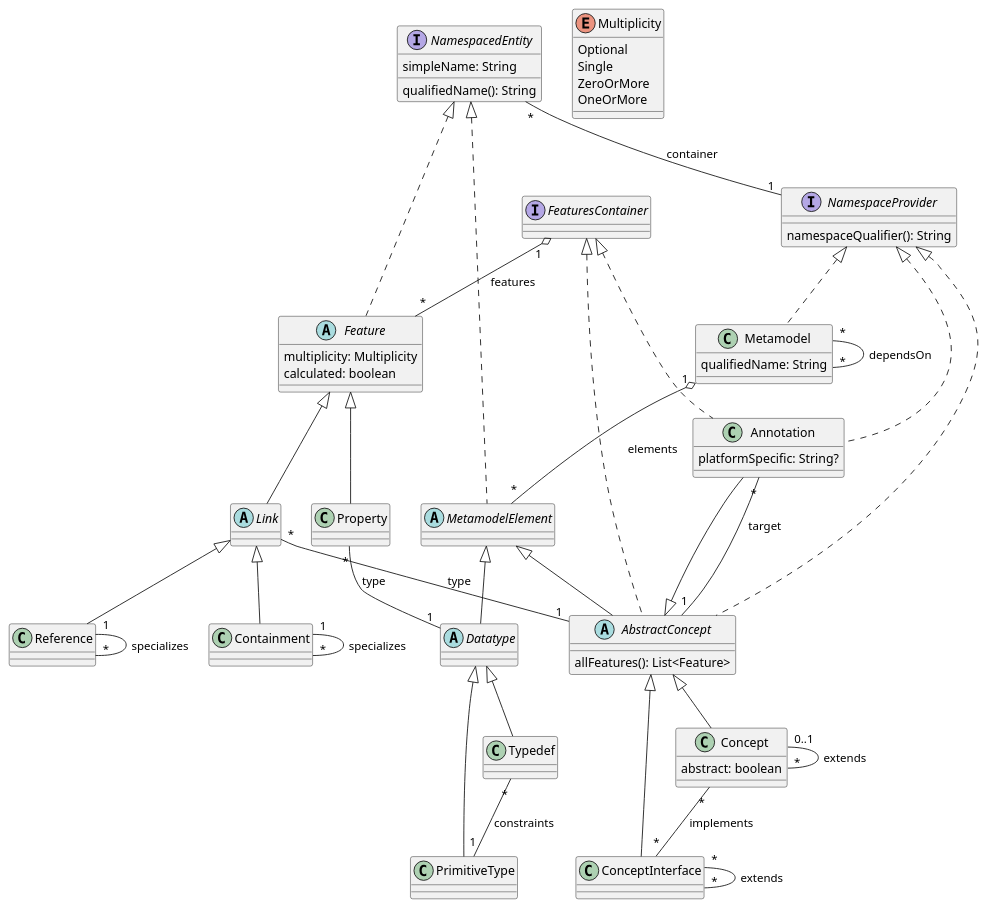
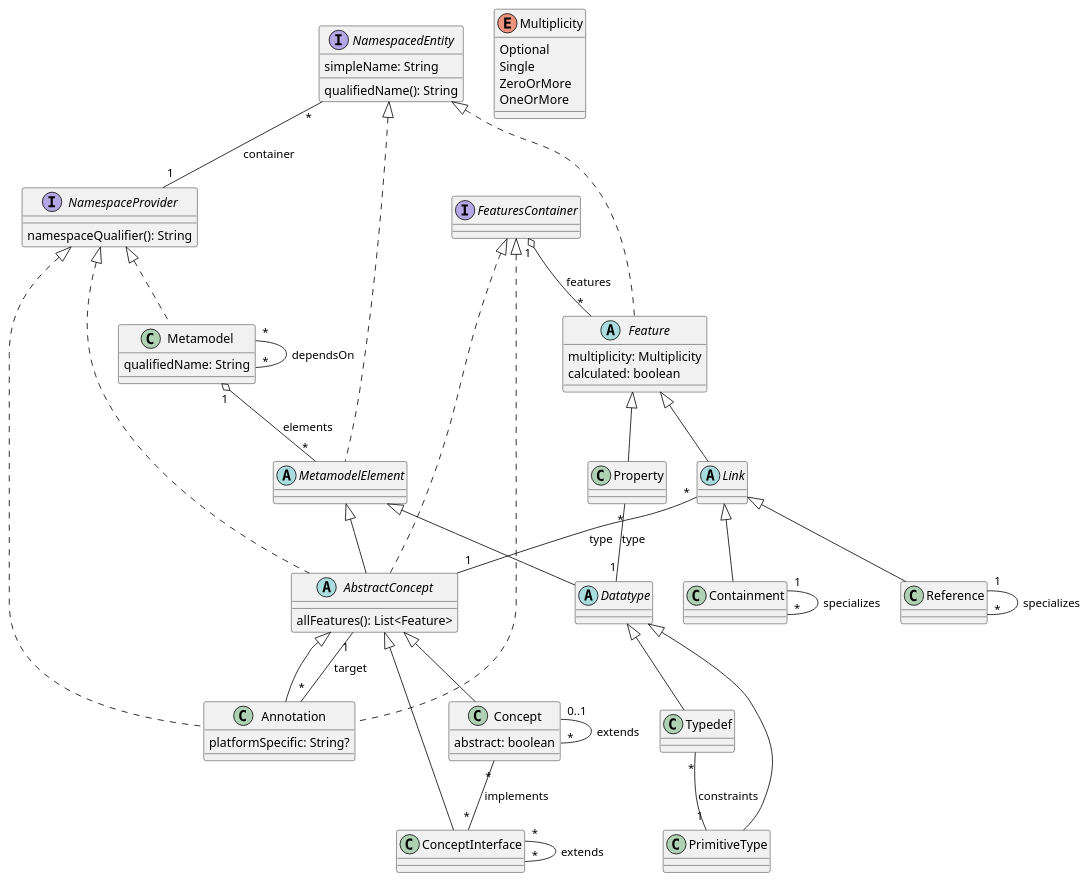
Before and after one commit to LionWeb-io/specification: the diagram in lioncore/metametamodel.puml, drawn with PlantUML.

Commit message:
merge categories ([abstract] classes, interfaces, enums)

```diff
--- a/lioncore/metametamodel.puml
+++ b/lioncore/metametamodel.puml
@@ -1,100 +1,89 @@
 @startuml
 
 
-' (concrete) classes
+abstract class AbstractConcept extends MetamodelElement implements FeaturesContainer, NamespaceProvider {
+  allFeatures(): List<Feature>
+}
 
 class Annotation extends AbstractConcept implements NamespaceProvider, FeaturesContainer {
   platformSpecific: String?
 }
 
 class Concept extends AbstractConcept {
   abstract: boolean
 }
 
 class ConceptInterface extends AbstractConcept
 
 class Containment extends Link
 
-class Metamodel implements NamespaceProvider {
-  qualifiedName: String
-}
-
-class PrimitiveType extends Datatype
-
-class Property extends Feature
-
-class Reference extends Link
-
-class Typedef extends Datatype
-
-
-' abstract classes
-
-abstract class AbstractConcept extends MetamodelElement implements FeaturesContainer, NamespaceProvider {
-  allFeatures(): List<Feature>
-}
-
 abstract class Datatype extends MetamodelElement
 
 abstract class Feature implements NamespacedEntity {
   multiplicity: Multiplicity
   calculated: boolean
 }
 
+interface FeaturesContainer
+
 abstract class Link extends Feature
+
+class Metamodel implements NamespaceProvider {
+  qualifiedName: String
+}
 
 abstract class MetamodelElement implements NamespacedEntity
 
-
-' interfaces
-
-interface FeaturesContainer
+enum Multiplicity {
+  Optional
+  Single
+  ZeroOrMore
+  OneOrMore
+}
 
 interface NamespaceProvider {
    namespaceQualifier(): String
 }
 
 interface NamespacedEntity {
   simpleName: String
   qualifiedName(): String
 }
 
+class PrimitiveType extends Datatype
 
-' enums
+class Property extends Feature
 
-enum Multiplicity {
-  Optional
-  Single
-  ZeroOrMore
-  OneOrMore
-}
+class Reference extends Link
+
+class Typedef extends Datatype
 
 
 ' relations
 
 Annotation "*" -- "1" AbstractConcept: target
 
 Concept "0..1" -- "*" Concept: extends
 Concept "*" -- "*" ConceptInterface: implements
 
 ConceptInterface "*" -- "*" ConceptInterface: extends
 
 Containment "1" -- "*" Containment: specializes
 
 FeaturesContainer "1" o-- "*" Feature: features
 
 Link "*" -- "1" AbstractConcept: type
 
 Metamodel "1" o-- "*" MetamodelElement: elements
 Metamodel "*" -- "*" Metamodel: dependsOn
 
 NamespacedEntity "*" -- "1" NamespaceProvider: container
 
 Property "*" -- "1" Datatype: type
 
 Reference "1" -- "*" Reference: specializes
 
 Typedef "*" -- "1" PrimitiveType: constraints
 
 
 @enduml
```
